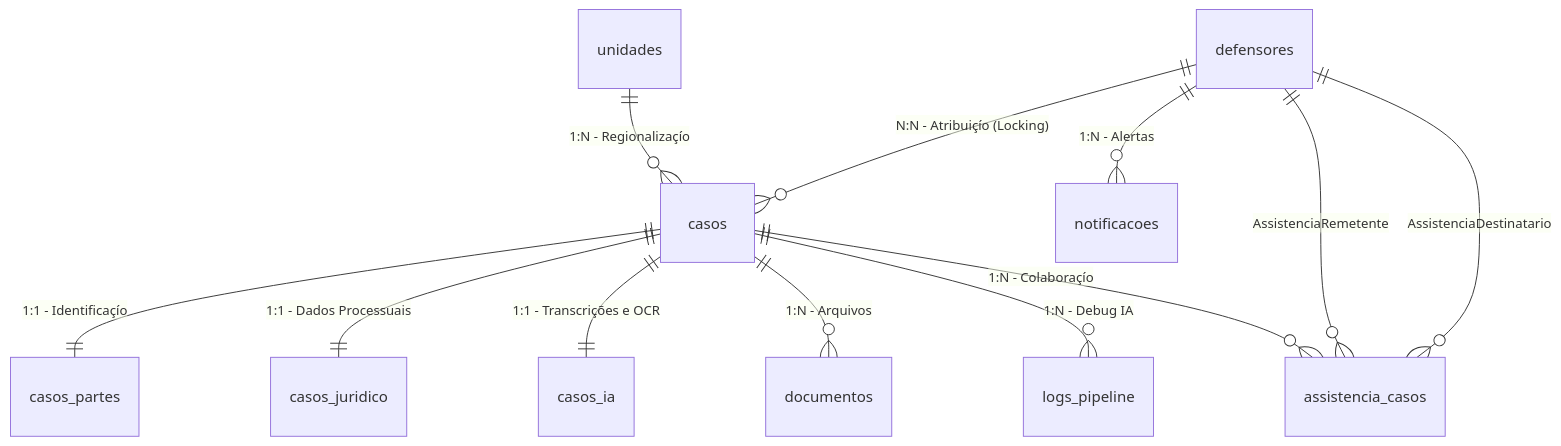
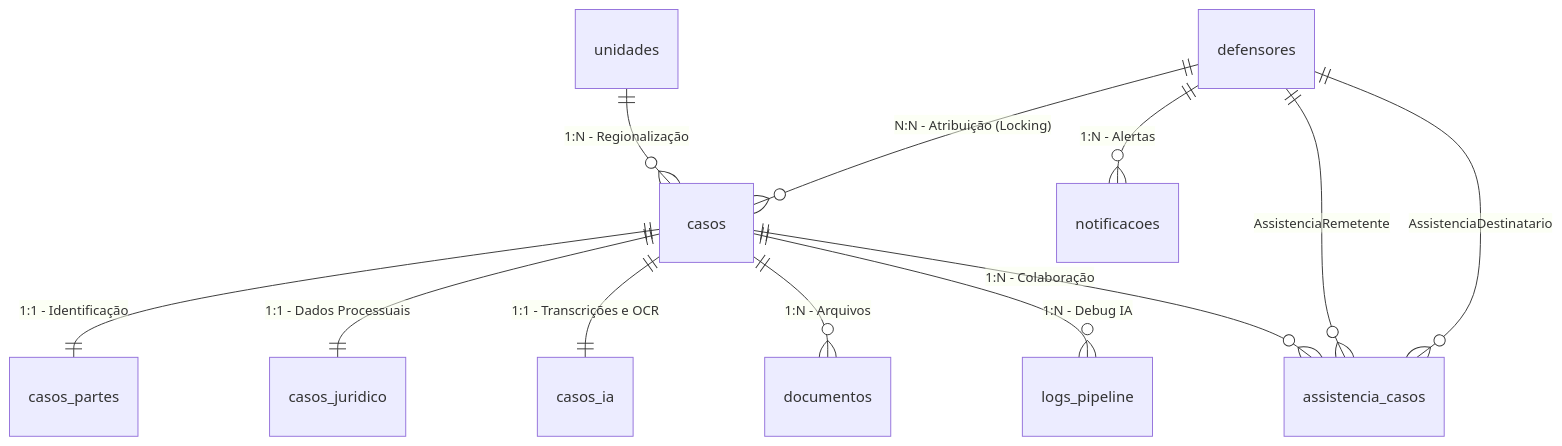
Before and after one commit to CJVW-Code/maes_acao: the fourth of 4 diagrams in claude.md, drawn with Mermaid. The commit also changed other lines of this file and 12 other files, not shown here.

````diff
--- a/claude.md
+++ b/claude.md
@@ -1208,14 +1241,14 @@
 ```mermaid
 erDiagram
-    casos ||--|| casos_partes : "1:1 - Identificaçío"
+    casos ||--|| casos_partes : "1:1 - Identificação"
     casos ||--|| casos_juridico : "1:1 - Dados Processuais"
     casos ||--|| casos_ia : "1:1 - Transcrições e OCR"
     casos ||--o{ documentos : "1:N - Arquivos"
     casos ||--o{ logs_pipeline : "1:N - Debug IA"
-    casos ||--o{ assistencia_casos : "1:N - Colaboraçío"
-    unidades ||--o{ casos : "1:N - Regionalizaçío"
-    defensores ||--o{ casos : "N:N - Atribuiçío (Locking)"
+    casos ||--o{ assistencia_casos : "1:N - Colaboração"
+    unidades ||--o{ casos : "1:N - Regionalização"
+    defensores ||--o{ casos : "N:N - Atribuição (Locking)"
     defensores ||--o{ assistencia_casos : "AssistenciaRemetente"
     defensores ||--o{ assistencia_casos : "AssistenciaDestinatario"
     defensores ||--o{ notificacoes : "1:N - Alertas"
 ```
````
